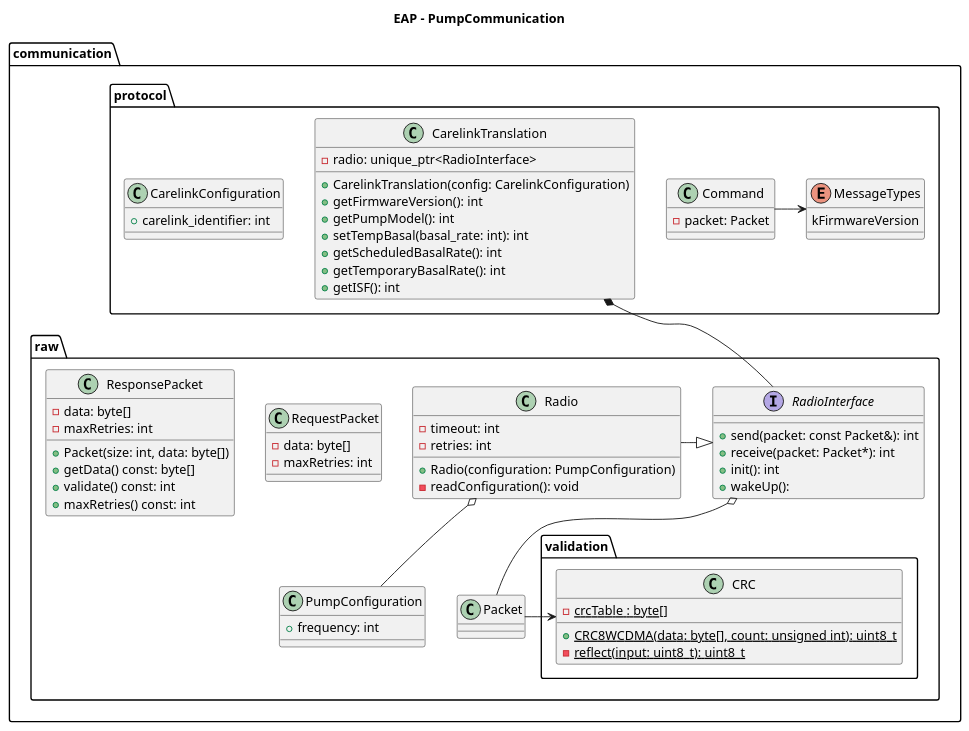
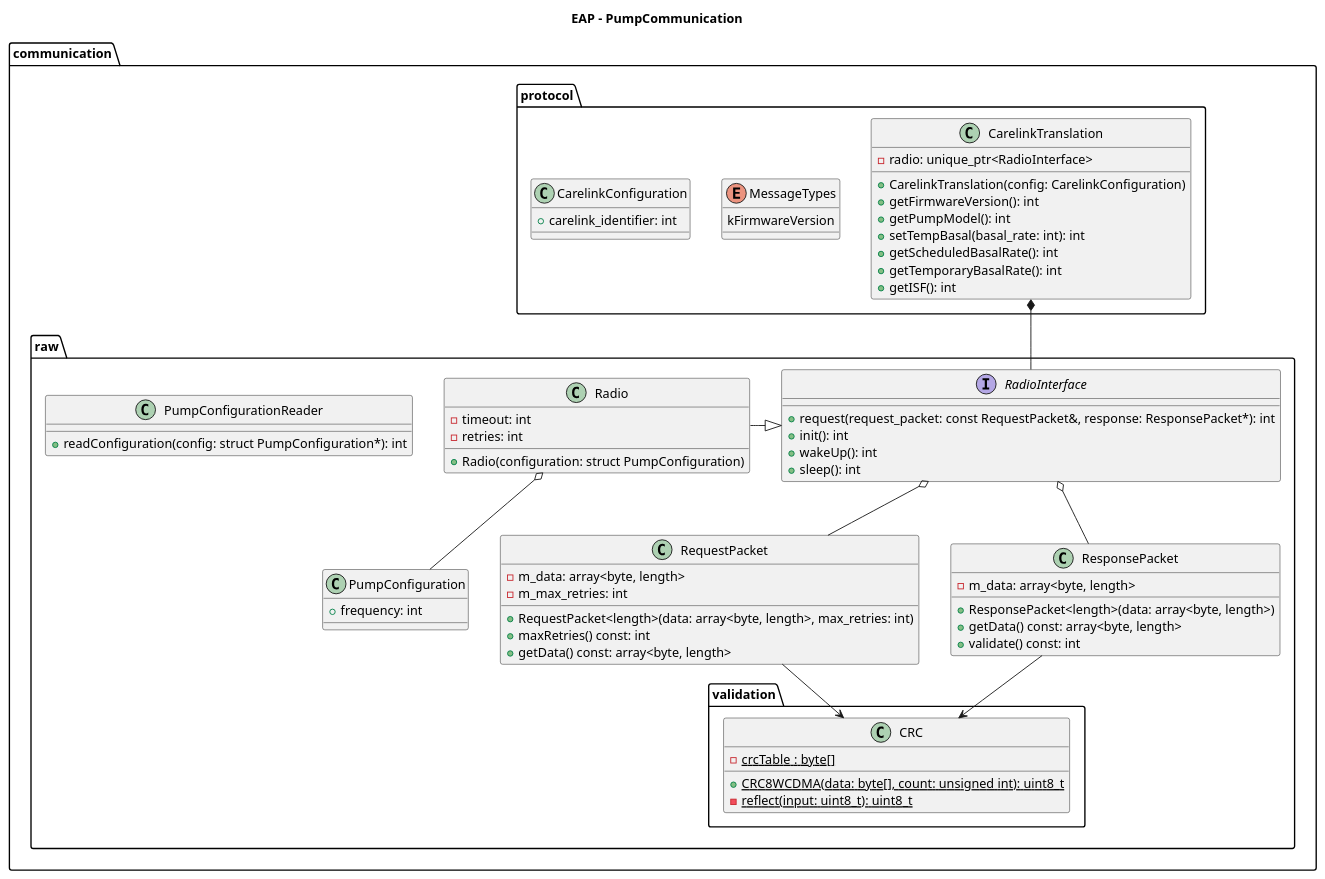
The diagram in doc/pumpcommunication.puml (Nightscou2018/EAP), drawn with PlantUML before and after one commit.

Commit message:
Update request and response packets, add sleep to radio, remove command

```diff
--- a/doc/pumpcommunication.puml
+++ b/doc/pumpcommunication.puml
@@ -1,87 +1,87 @@
 @startuml
 
 set namespaceSeparator ::
 
 title EAP - PumpCommunication
 
 namespace communication {
 
-namespace protocol{
+namespace protocol {
 class CarelinkTranslation {
   - radio: unique_ptr<RadioInterface>
   + CarelinkTranslation(config: CarelinkConfiguration)
   + getFirmwareVersion(): int
   + getPumpModel(): int
   + setTempBasal(basal_rate: int): int
   + getScheduledBasalRate(): int
   + getTemporaryBasalRate(): int
   + getISF(): int
 }
 
 enum MessageTypes {
   kFirmwareVersion
 }
 
-class Command {
-  - packet: Packet
-}
-
 class CarelinkConfiguration {
   + carelink_identifier: int
 }
-
-Command -> MessageTypes
-
 }
 
 namespace raw {
 
 class RequestPacket {
-  - data: byte[]
-  - maxRetries: int
+  + RequestPacket<length>(data: array<byte, length>, max_retries: int)
+  - m_data: array<byte, length>
+  - m_max_retries: int
+  + maxRetries() const: int
+  + getData() const: array<byte, length>
 }
 
 class ResponsePacket {
-  - data: byte[]
-  - maxRetries: int
-  + Packet(size: int, data: byte[])
-  + getData() const: byte[]
+  + ResponsePacket<length>(data: array<byte, length>)
+  - m_data: array<byte, length>
+  + getData() const: array<byte, length>
   + validate() const: int
-  + maxRetries() const: int
 }
 
 class PumpConfiguration {
   + frequency: int
 }
 
 interface RadioInterface {
-  + send(packet: const Packet&): int
-  + receive(packet: Packet*): int
+  + request(request_packet: const RequestPacket&, response: ResponsePacket*): int
   + init(): int
-  + wakeUp(): 
+  + wakeUp(): int
+  + sleep(): int
 }
 
 class Radio {
-  + Radio(configuration: PumpConfiguration)
+  + Radio(configuration: struct PumpConfiguration)
   - timeout: int
   - retries: int
-  - readConfiguration(): void
+}
+
+class PumpConfigurationReader {
+  + readConfiguration(config: struct PumpConfiguration*): int
 }
 
 namespace validation {
 class CRC {
   {static} + CRC8WCDMA(data: byte[], count: unsigned int): uint8_t
   {static} - reflect(input: uint8_t): uint8_t
   {static} - crcTable : byte[]
 }
 }
+
+RadioInterface o-- ResponsePacket
+RadioInterface o-- RequestPacket
+Radio -|> RadioInterface
+Radio o-- PumpConfiguration
 }
 
-communication::raw::Packet -> communication::raw::validation::CRC
-communication::raw::Radio o-- communication::raw::PumpConfiguration
-communication::raw::Radio -|> communication::raw::RadioInterface
-communication::raw::RadioInterface o-- communication::raw::Packet
+communication::raw::RequestPacket --> communication::raw::validation::CRC
+communication::raw::ResponsePacket -> communication::raw::validation::CRC
 communication::protocol::CarelinkTranslation *-- communication::raw::RadioInterface
 
 }
 @enduml
```
